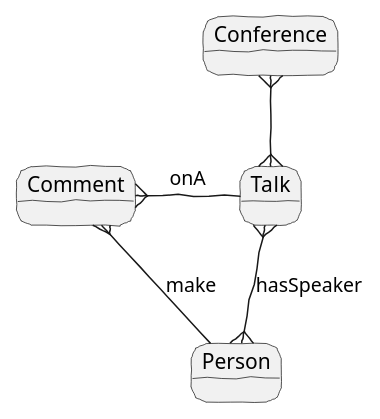
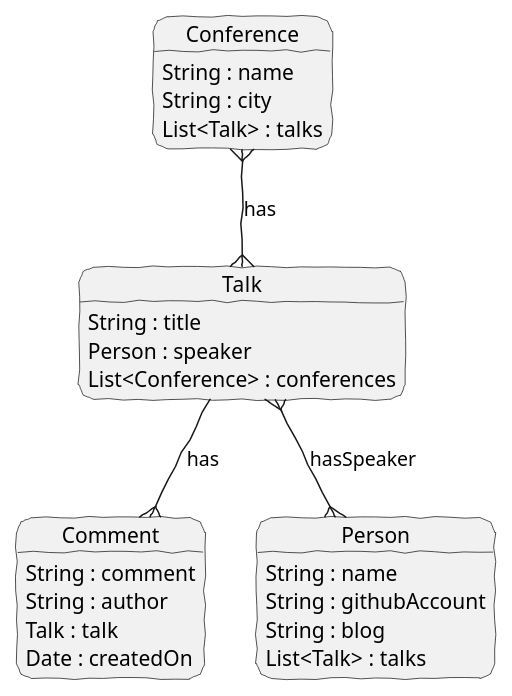
One commit to npalm/graphql-java-demo changed the diagram in doc/model.plantuml. Above: the diagram before and after it, drawn with PlantUML.

```diff
--- a/doc/model.plantuml
+++ b/doc/model.plantuml
@@ -1,24 +1,41 @@
 @startuml
 hide footbox
 skinparam roundcorner 20
 skinparam handwritten true
 skinparam backgroundcolor transparent
 
 skinparam note {
   FontName Impact
 }
 
 
-object Comment
-together {
-    object Talk
-    object Person
+object Comment {
+    String : comment
+    String : author
+    Talk : talk
+    Date : createdOn
 }
 
-object Conference
+object Talk {
+    String : title
+    Person : speaker
+    List<Conference> : conferences
+}
 
-Conference }--{ Talk
-Talk --{ Comment : onA
-Comment }-- Person : make
+object Person {
+    String : name
+    String : githubAccount
+    String : blog
+    List<Talk> : talks
+}
+
+object Conference {
+    String : name
+    String : city
+    List<Talk> : talks
+}
+
+Conference }--{ Talk : has
+Talk --{ Comment : has
 Talk }--{ Person : hasSpeaker
 @enduml
```
